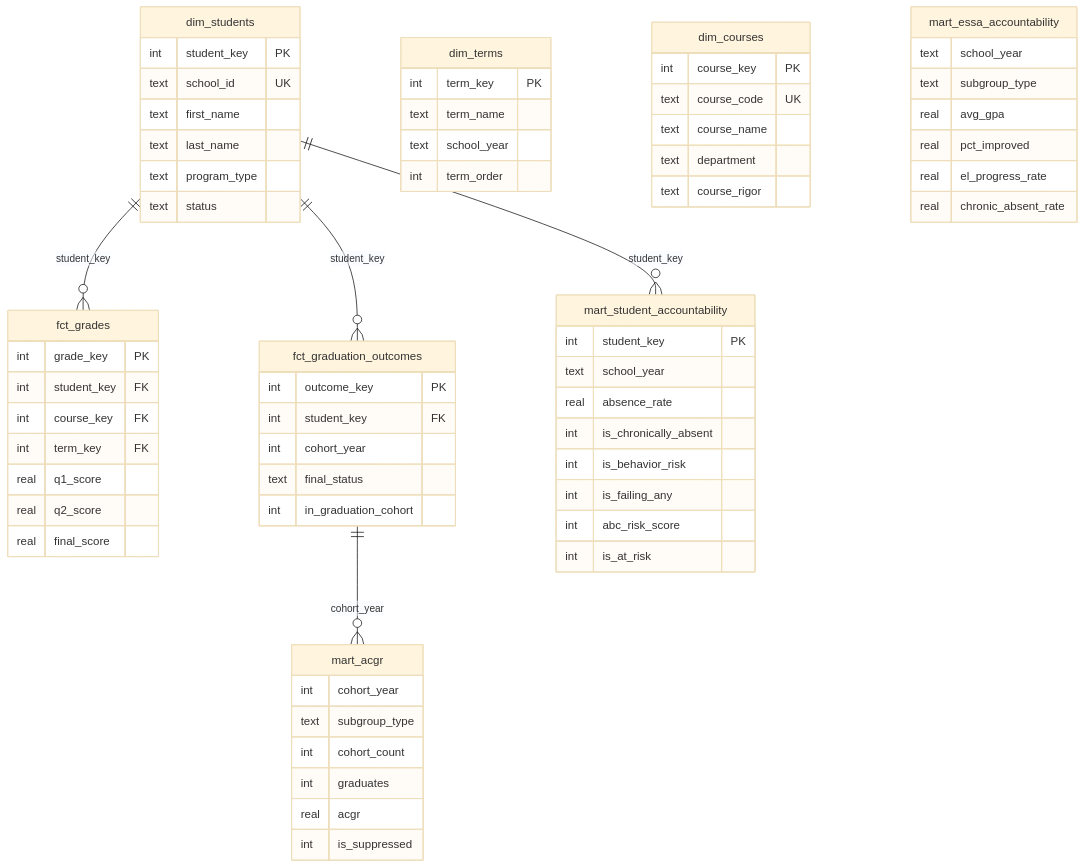
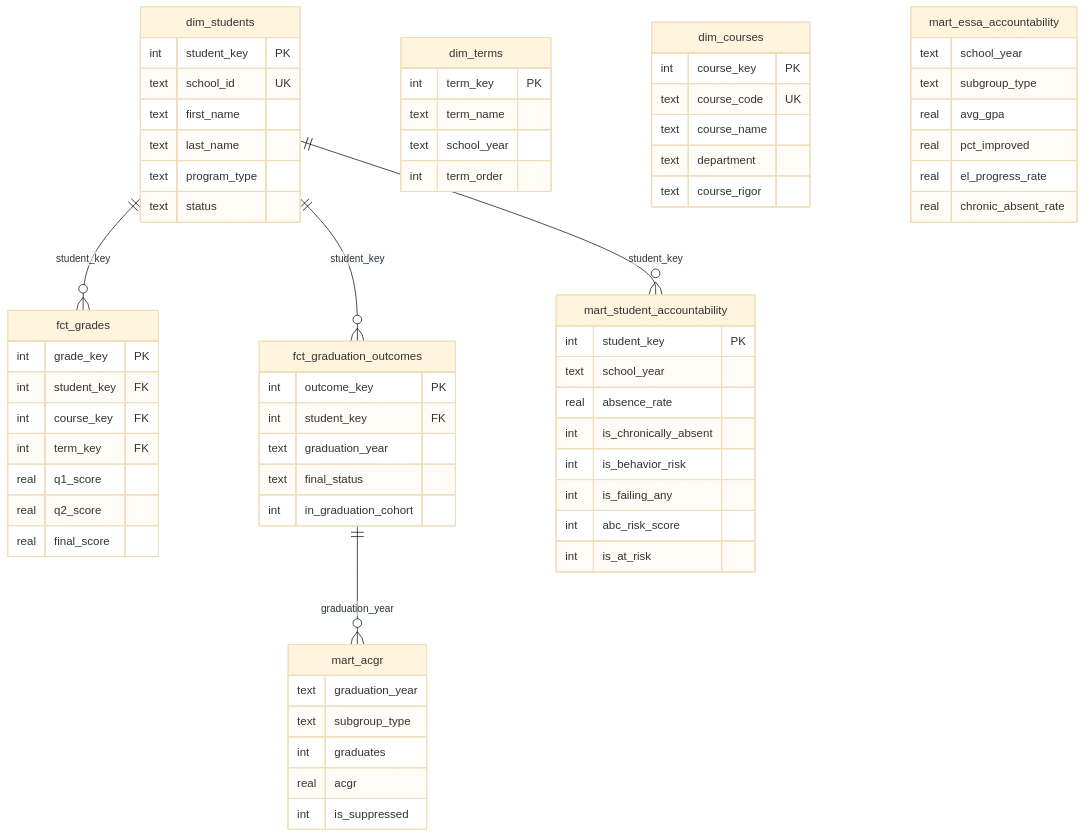
One commit to SamOryeJack/Education-Data changed the diagram in README.md. Above: the diagram before and after it, drawn with Mermaid (base theme). The commit also changed other lines of this file, not shown here.

````diff
--- a/README.md
+++ b/README.md
@@ -150,70 +144,69 @@
 ```mermaid
 erDiagram
     dim_students {
         int student_key PK
         text school_id UK
         text first_name
         text last_name
         text program_type
         text status
     }
     dim_terms {
         int term_key PK
         text term_name
         text school_year
         int term_order
     }
     dim_courses {
         int course_key PK
         text course_code UK
         text course_name
         text department
         text course_rigor
     }
     fct_grades {
         int grade_key PK
         int student_key FK
         int course_key FK
         int term_key FK
         real q1_score
         real q2_score
         real final_score
     }
     fct_graduation_outcomes {
         int outcome_key PK
         int student_key FK
-        int cohort_year
+        text graduation_year
         text final_status
         int in_graduation_cohort
     }
     mart_student_accountability {
         int student_key PK
         text school_year
         real absence_rate
         int is_chronically_absent
         int is_behavior_risk
         int is_failing_any
         int abc_risk_score
         int is_at_risk
     }
     mart_acgr {
-        int cohort_year
+        text graduation_year
         text subgroup_type
-        int cohort_count
         int graduates
         real acgr
         int is_suppressed
     }
     mart_essa_accountability {
         text school_year
         text subgroup_type
         real avg_gpa
         real pct_improved
         real el_progress_rate
         real chronic_absent_rate
     }
     dim_students ||--o{ fct_grades : "student_key"
     dim_students ||--o{ fct_graduation_outcomes : "student_key"
     dim_students ||--o{ mart_student_accountability : "student_key"
-    fct_graduation_outcomes ||--o{ mart_acgr : "cohort_year"
+    fct_graduation_outcomes ||--o{ mart_acgr : "graduation_year"
 ```
````
